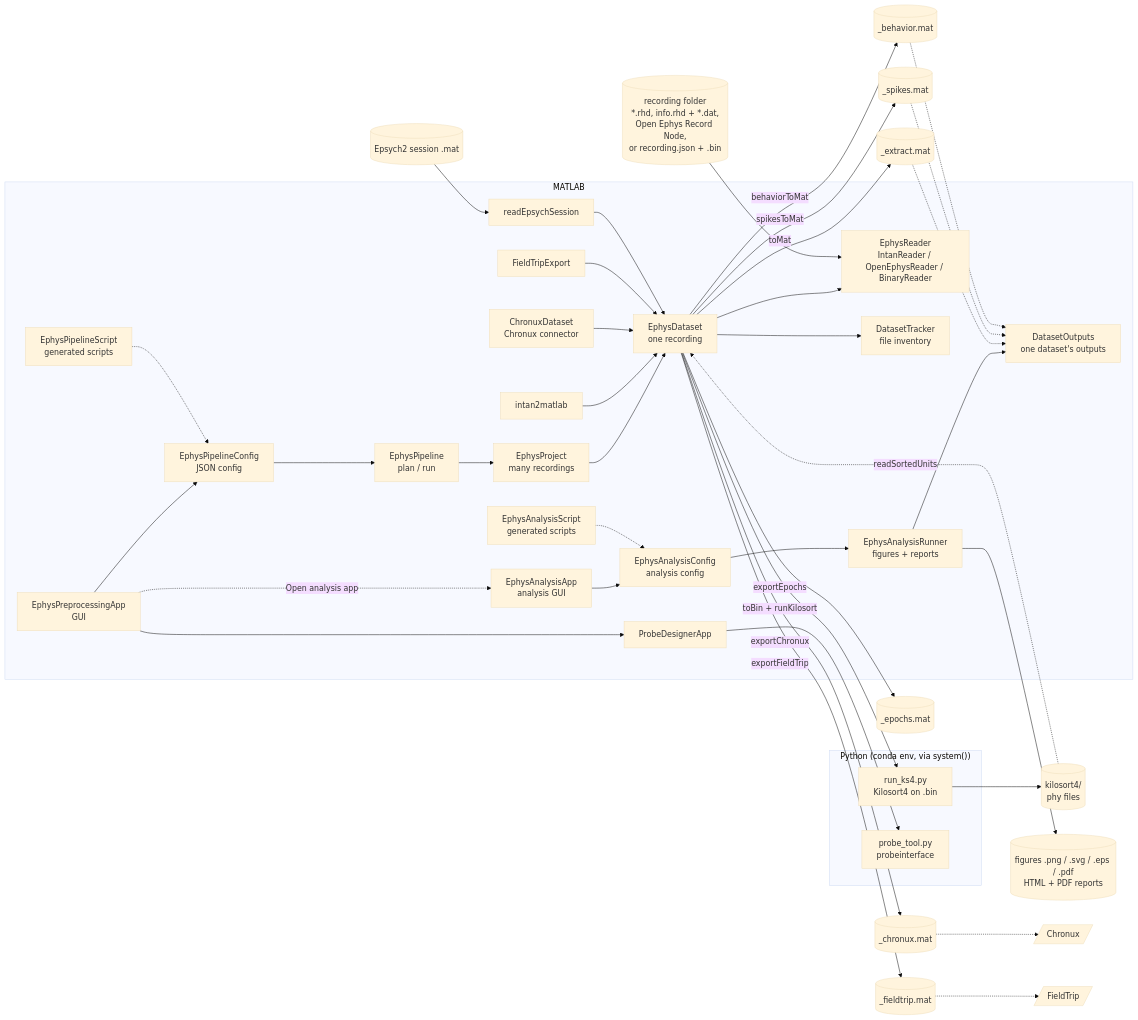
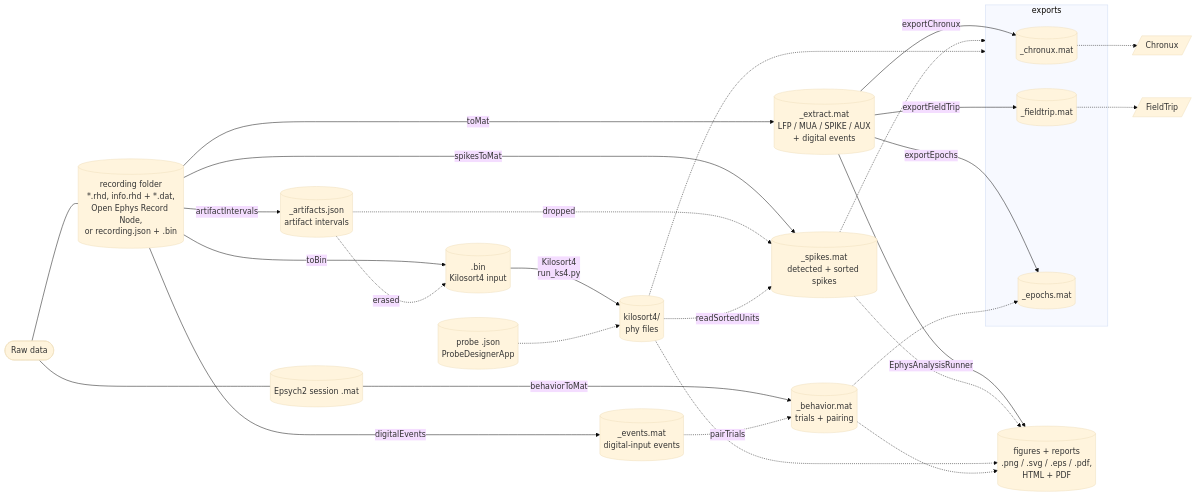
Before and after one commit to dstolz/ephys_analysis: the diagram in documentation/README.md, drawn with Mermaid (base theme). The commit also changed other lines of this file, not shown here.

Commit message:
Redraw the pipeline overview as one data tree from raw data
Each output now stems from the file it is derived from, with the method
that makes it on the arrow and further inputs dashed. The code layer
(apps, config, runner, readers) moves to prose under the chart.

````diff
--- a/documentation/README.md
+++ b/documentation/README.md
@@ -51,44 +51,36 @@
 ```mermaid
 flowchart LR
-    subgraph MATLAB
-        APP[EphysPreprocessingApp<br/>GUI] --> CFG[EphysPipelineConfig<br/>JSON config]
-        CFG --> PIPE[EphysPipeline<br/>plan / run]
-        SCR[EphysPipelineScript<br/>generated scripts] -.-> CFG
-        APP --> PDA[ProbeDesignerApp]
-        PIPE --> PRJ[EphysProject<br/>many recordings]
-        PRJ --> DS[EphysDataset<br/>one recording]
-        DS --> RD[EphysReader<br/>IntanReader / OpenEphysReader / BinaryReader]
-        DS --> DT[DatasetTracker<br/>file inventory]
-        I2M[intan2matlab] --> DS
-        CX[ChronuxDataset<br/>Chronux connector] --> DS
-        FT[FieldTripExport] --> DS
-        EP[readEpsychSession] --> DS
-        ANA[EphysAnalysisApp<br/>analysis GUI] --> ACFG[EphysAnalysisConfig<br/>analysis config]
-        ACFG --> ARUN[EphysAnalysisRunner<br/>figures + reports]
-        ASCR[EphysAnalysisScript<br/>generated scripts] -.-> ACFG
-        ARUN --> DOUT[DatasetOutputs<br/>one dataset's outputs]
-        APP -. Open analysis app .-> ANA
+    RAW(["Raw data"])
+    RAW --- REC[("recording folder<br/>*.rhd, info.rhd + *.dat,<br/>Open Ephys Record Node,<br/>or recording.json + .bin")]
+    RAW --- BEH[(Epsych2 session .mat)]
+
+    REC -- digitalEvents --> EVT[("_events.mat<br/>digital-input events")]
+    REC -- artifactIntervals --> ART[("_artifacts.json<br/>artifact intervals")]
+    REC -- toBin --> BIN[(".bin<br/>Kilosort4 input")]
+    REC -- toMat --> MAT[("_extract.mat<br/>LFP / MUA / SPIKE / AUX<br/>+ digital events")]
+    REC -- spikesToMat --> SPK[("_spikes.mat<br/>detected + sorted spikes")]
+    BEH -- behaviorToMat ----> BMAT[("_behavior.mat<br/>trials + pairing")]
+
+    ART -. erased .-> BIN
+    ART -. dropped .-> SPK
+    BIN -- "Kilosort4<br/>run_ks4.py" --> KS[("kilosort4/<br/>phy files")]
+    PRB[("probe .json<br/>ProbeDesignerApp")] -.-> KS
+    KS -. readSortedUnits .-> SPK
+    EVT -. pairTrials .-> BMAT
+
+    subgraph EXP["exports"]
+        CHX[(_chronux.mat)]
+        FTX[(_fieldtrip.mat)]
+        EPO[(_epochs.mat)]
     end
-    subgraph Python["Python (conda env, via system())"]
-        KS[run_ks4.py<br/>Kilosort4 on .bin]
-        PT[probe_tool.py<br/>probeinterface]
-    end
-    RAW[(recording folder<br/>*.rhd, info.rhd + *.dat,<br/>Open Ephys Record Node,<br/>or recording.json + .bin)] --> RD
-    BEH[(Epsych2 session .mat)] --> EP
-    DS -- toBin + runKilosort --> KS
-    PDA --> PT
-    KS --> OUT[(kilosort4/<br/>phy files)]
-    OUT -. readSortedUnits .-> DS
-    DS -- toMat --> MAT[(_extract.mat)]
-    DS -- spikesToMat --> SPK[(_spikes.mat)]
-    DS -- behaviorToMat --> BMAT[(_behavior.mat)]
-    DS -- exportChronux --> CHX[(_chronux.mat)]
-    DS -- exportFieldTrip --> FTX[(_fieldtrip.mat)]
-    DS -- exportEpochs --> EPO[(_epochs.mat)]
-    MAT -.-> DOUT
-    SPK -.-> DOUT
-    BMAT -.-> DOUT
-    ARUN --> FIGS[(figures .png / .svg / .eps / .pdf<br/>HTML + PDF reports)]
+    MAT -- exportChronux --> CHX
+    MAT -- exportFieldTrip --> FTX
+    MAT -- exportEpochs --> EPO
+    SPK & KS -.-> EXP
+    BMAT -.-> EPO
     CHX -.-> CHRONUX[/Chronux/]
     FTX -.-> FIELDTRIP[/FieldTrip/]
+
+    MAT -- EphysAnalysisRunner --> FIGS[("figures + reports<br/>.png / .svg / .eps / .pdf,<br/>HTML + PDF")]
+    SPK & KS & BMAT -.-> FIGS
 ```
````
